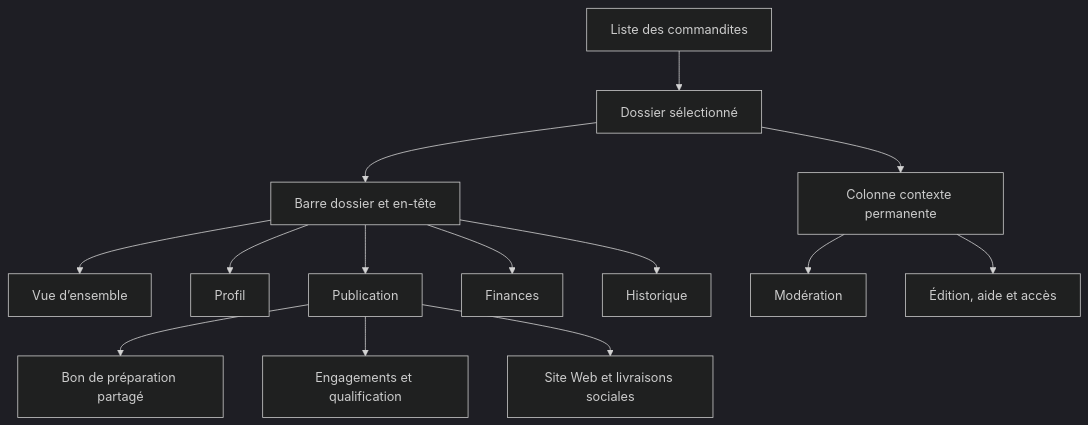
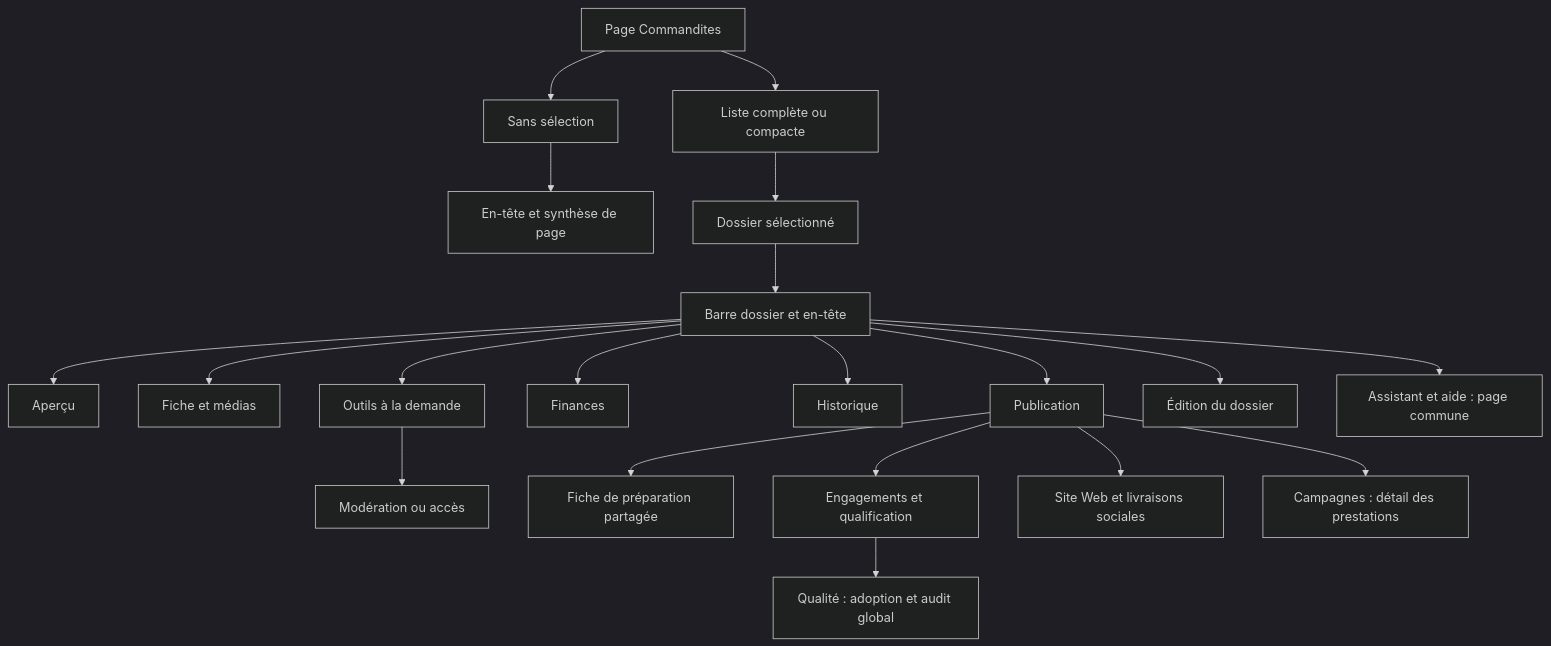
One commit to OpenG7/openg7-funding-platform changed the diagram in docs/development/admin-sponsorship-dossier-blueprint.md. Above: the diagram before and after it, drawn with Mermaid (dark theme). The commit also changed other lines of this file and 113 other files, not shown here.

Commit message:
feat(admin): clarifier les dossiers commanditaires et les outils de qualité

````diff
--- a/docs/development/admin-sponsorship-dossier-blueprint.md
+++ b/docs/development/admin-sponsorship-dossier-blueprint.md
@@ -61,16 +130,22 @@
 ```mermaid
 flowchart TB
-  Liste[Liste des commandites] --> D[Dossier sélectionné]
+  Route[Page Commandites] --> Liste[Liste complète ou compacte]
+  Route --> Sans[Sans sélection]
+  Sans --> Entete[En-tête et synthèse de page]
+  Liste --> D[Dossier sélectionné]
   D --> T[Barre dossier et en-tête]
-  T --> O[Vue d’ensemble]
-  T --> I[Profil]
+  T --> O[Aperçu]
+  T --> I[Fiche et médias]
   T --> P[Publication]
   T --> F[Finances]
   T --> H[Historique]
-  D --> C[Colonne contexte permanente]
-  C --> M[Modération]
-  C --> U[Édition, aide et accès]
-  P --> B[Bon de préparation partagé]
+  T --> C[Outils à la demande]
+  C --> M[Modération ou accès]
+  T --> U[Édition du dossier]
+  T --> AS[Assistant et aide : page commune]
+  P --> B[Fiche de préparation partagée]
   P --> A[Engagements et qualification]
   P --> S[Site Web et livraisons sociales]
+  P --> CAM[Campagnes : détail des prestations]
+  A --> Q[Qualité : adoption et audit global]
 ```
````
